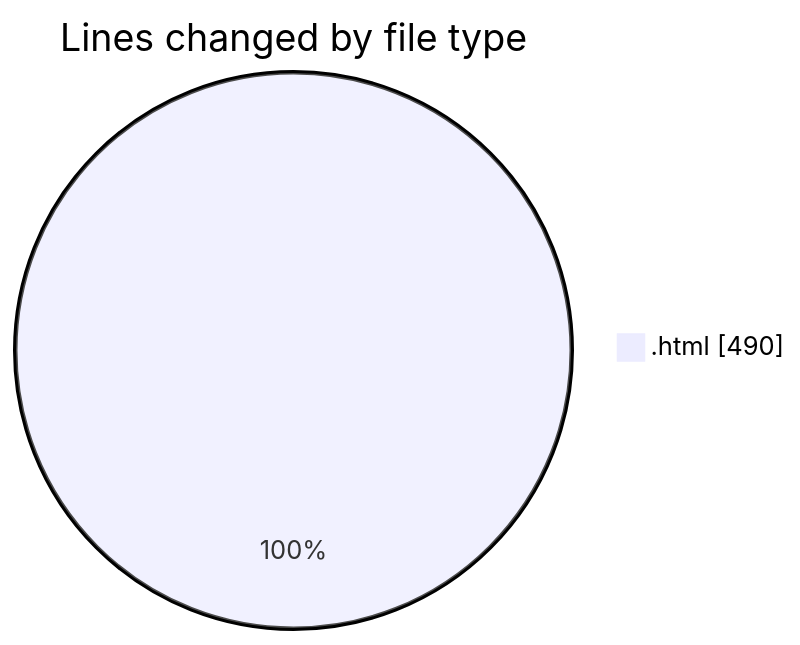
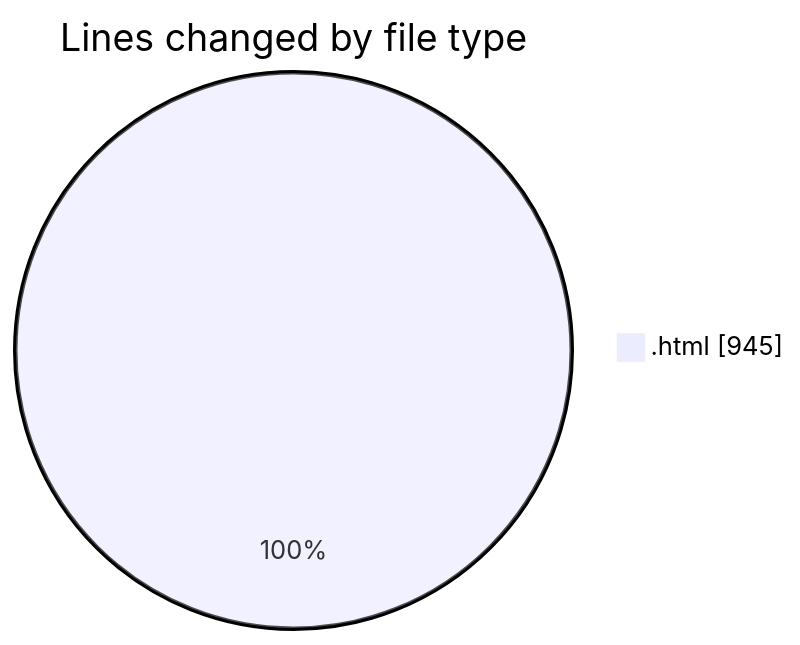
The first of 2 diagrams in 2025-04-17/horizon/README.md (vahidmafi/code-tracking), drawn with Mermaid before and after one commit. The commit also changed other lines of this file and 1 other file, not shown here.

````diff
--- a/2025-04-17/horizon/README.md
+++ b/2025-04-17/horizon/README.md
@@ -20,5 +21,5 @@
 ```mermaid
 pie showData
 title Lines changed by file type
-".html" : 490
+".html" : 945
 ```
````
